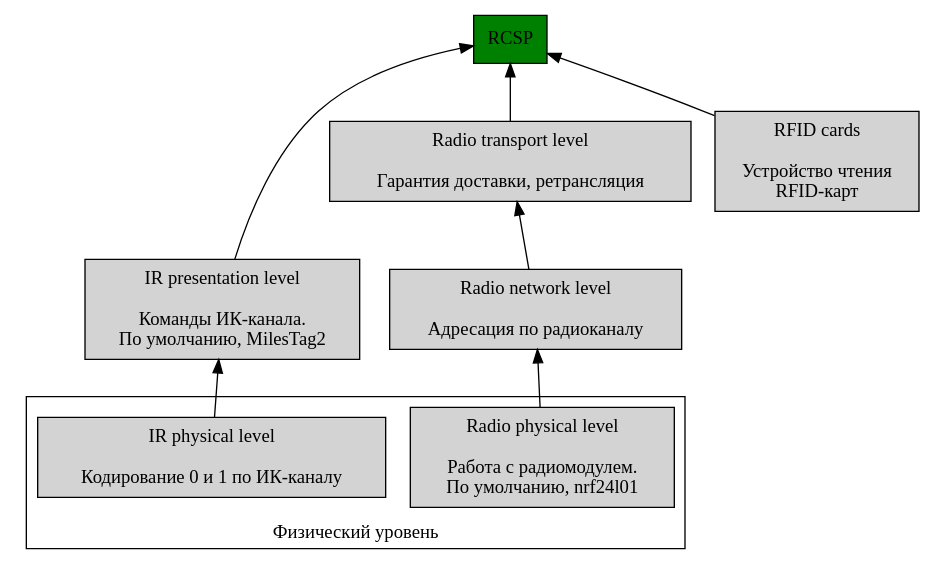
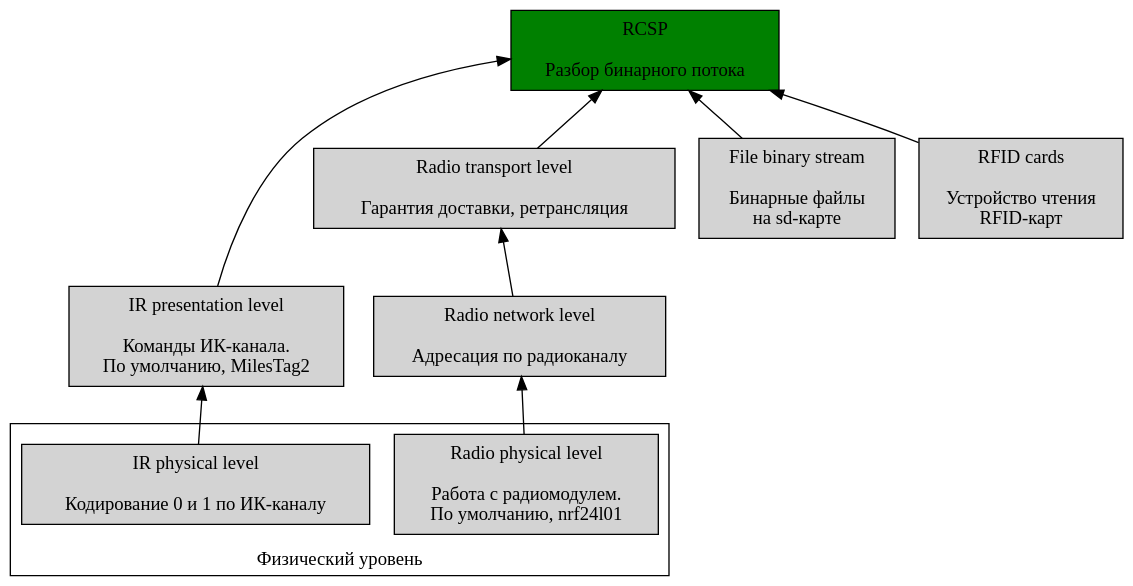
One commit to DAlexis/caustic-lasertag-system changed the diagram in docs/graphviz/rcsp.gv. Above: the diagram before and after it, drawn with Graphviz. The commit also changed 4 other files, not shown here.

```diff
--- a/docs/graphviz/rcsp.gv
+++ b/docs/graphviz/rcsp.gv
@@ -1,25 +1,28 @@
 digraph RCSP {
   node[shape="box", style="filled", margin="0.1"];
   rankdir="BT"
+  bgcolor="transparent"
   
   subgraph cluster_physlevel {
     node [shape="box"];
     label = "Физический уровень";
     "ir_phys";
     radio_pres;
   }
   
-  rcsp[label="RCSP", fillcolor="green", fontcolor="black"]
+  rcsp[label="RCSP\n\nРазбор бинарного потока", fillcolor="green", fontcolor="black"]
   ir_phys[label="IR physical level\n\n Кодирование 0 и 1 по ИК-каналу"]
   ir_pres[label="IR presentation level\n\n Команды ИК-канала.\nПо умолчанию, MilesTag2"]
   
   radio_pres[label="Radio physical level\n\n Работа с радиомодулем.\nПо умолчанию, nrf24l01"]
   radio_net[label="Radio network level\n\n Адресация по радиоканалу"]
   radio_transport[label="Radio transport level\n\n Гарантия доставки, ретрансляция"]
+  files[label="File binary stream\n\nБинарные файлы \nна sd-карте"]
   
   rfid[label="RFID cards\n\nУстройство чтения\nRFID-карт"]
   
   ir_phys -> ir_pres -> rcsp;
   radio_pres -> radio_net -> radio_transport -> rcsp
-  rfid -> "rcsp"
+  rfid -> rcsp
+  files -> rcsp
 }
```
